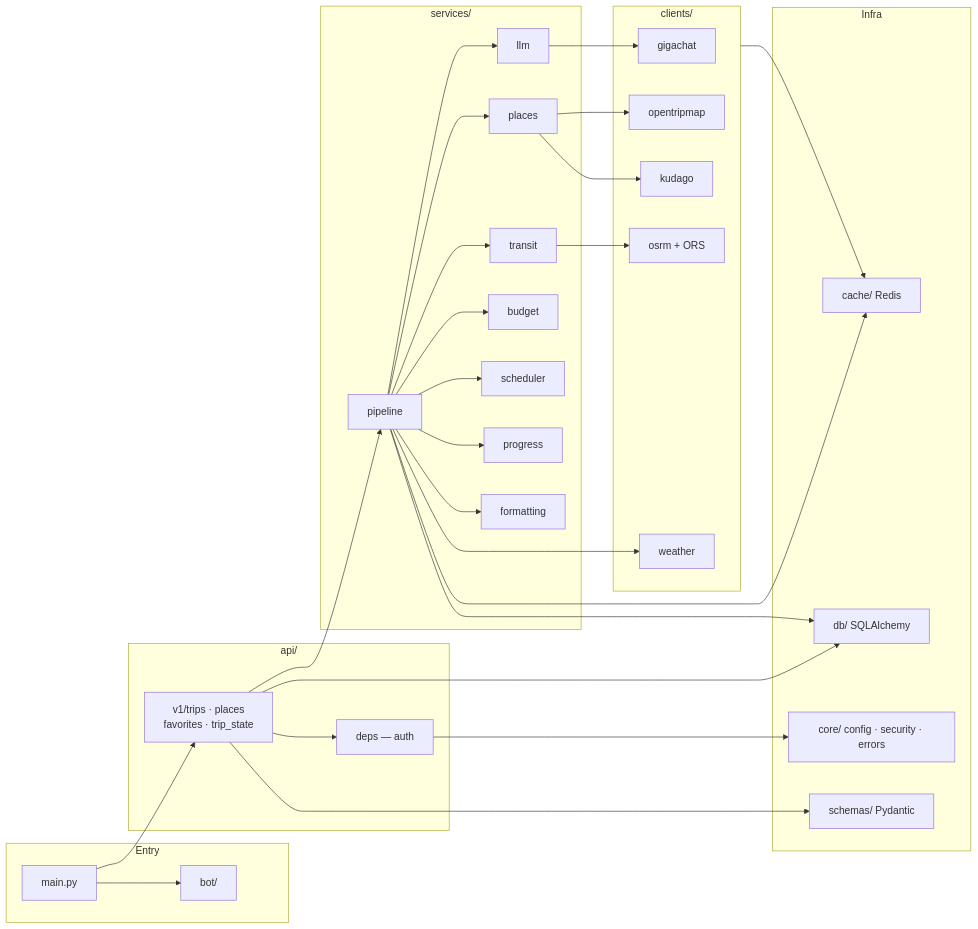
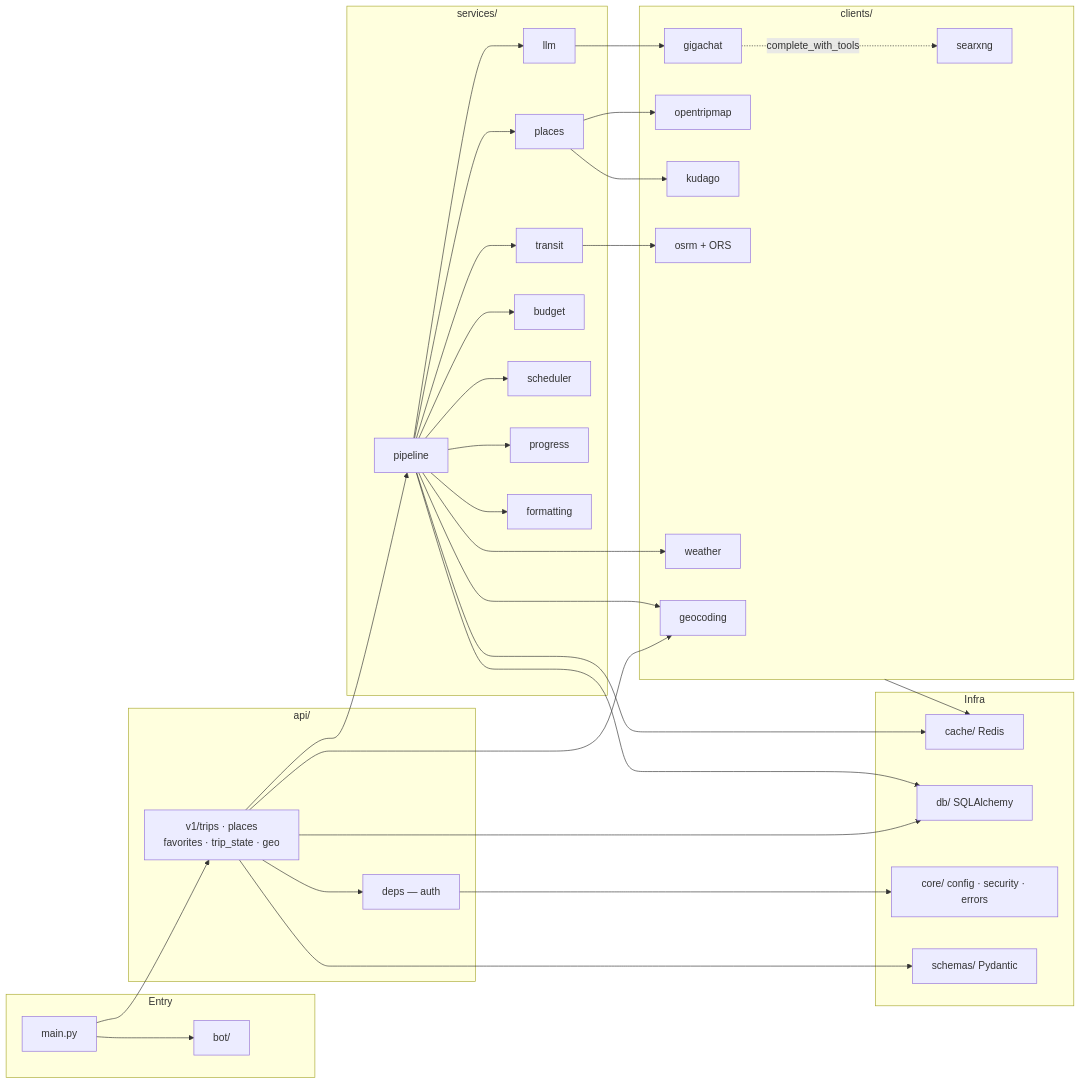
Before and after one commit to Halpama/max_hackaton: the second of 7 diagrams in ARCHITECTURE.md, drawn with Mermaid. The commit also changed other lines of this file and 2 other files, not shown here.

First line of the commit message:
Refresh architecture docs for SearXNG, geo, and trip UX.

````diff
--- a/ARCHITECTURE.md
+++ b/ARCHITECTURE.md
@@ -52,54 +59,59 @@
 ```mermaid
 flowchart LR
   subgraph Entry
     MAIN[main.py]
     BOT[bot/]
   end
 
   subgraph API["api/"]
-    V1["v1/trips · places<br/>favorites · trip_state"]
+    V1["v1/trips · places<br/>favorites · trip_state · geo"]
     DEPS[deps — auth]
   end
 
   subgraph Services["services/"]
     PIPE[pipeline]
     PL[places]
     LLM[llm]
     TR[transit]
     BD[budget]
     SCH[scheduler]
     PR[progress]
     FMT[formatting]
   end
 
   subgraph Clients["clients/"]
     C_GC[gigachat]
     C_OTM[opentripmap]
     C_KD[kudago]
     C_ORS[osrm + ORS]
     C_WX[weather]
+    C_GEO[geocoding]
+    C_SX[searxng]
   end
 
   subgraph Infra
     CACHE[cache/ Redis]
     DB[db/ SQLAlchemy]
     CORE[core/ config · security · errors]
     SCHEMAS[schemas/ Pydantic]
   end
 
   MAIN --> V1
   MAIN --> BOT
   V1 --> DEPS
   V1 --> PIPE
   V1 --> DB
+  V1 --> C_GEO
   PIPE --> PL & LLM & TR & BD & SCH & PR & FMT
   PL --> C_OTM & C_KD
   LLM --> C_GC
   TR --> C_ORS
   PIPE --> C_WX
+  PIPE --> C_GEO
+  C_GC -.->|"complete_with_tools"| C_SX
   Clients --> CACHE
   PIPE --> CACHE
   PIPE --> DB
   V1 --> SCHEMAS
   DEPS --> CORE
 ```
````
